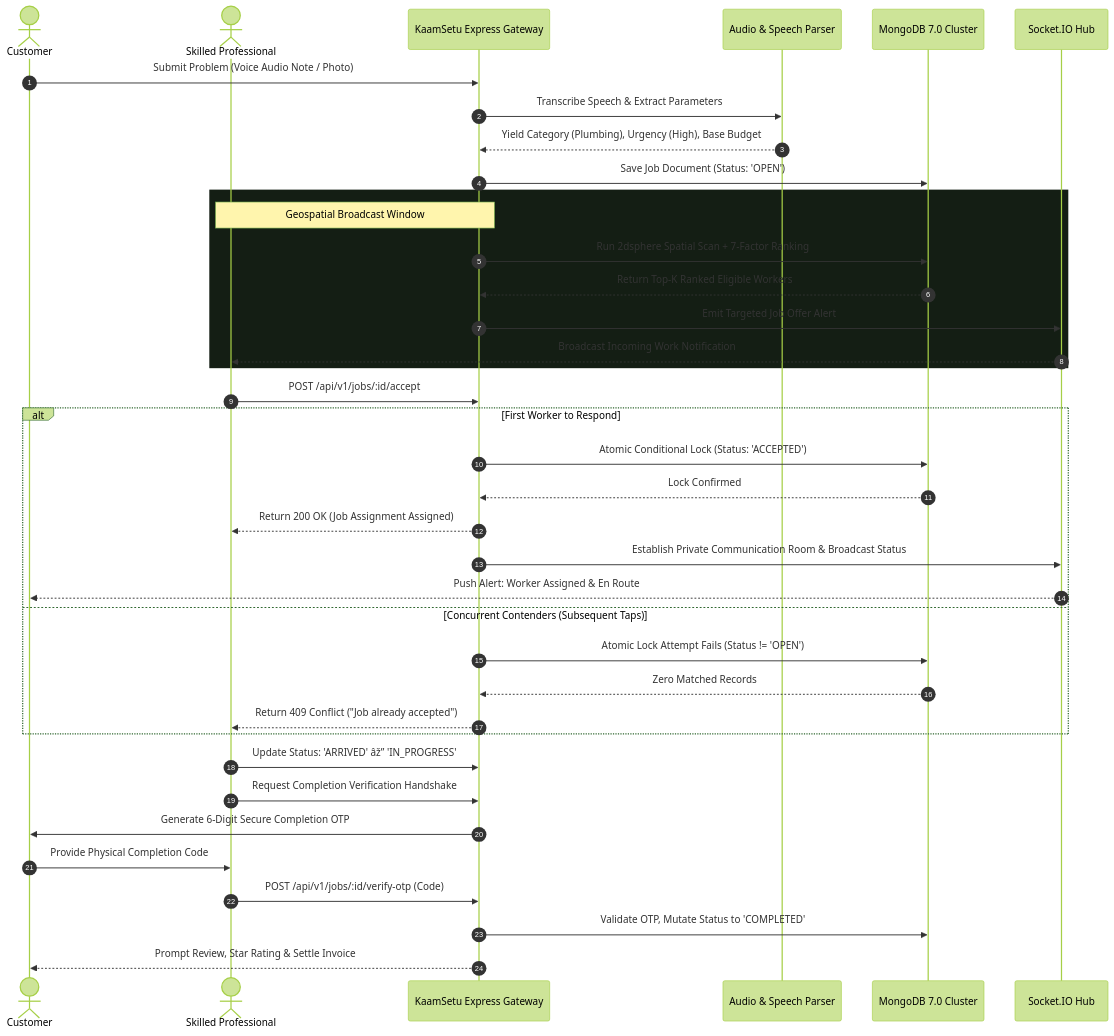
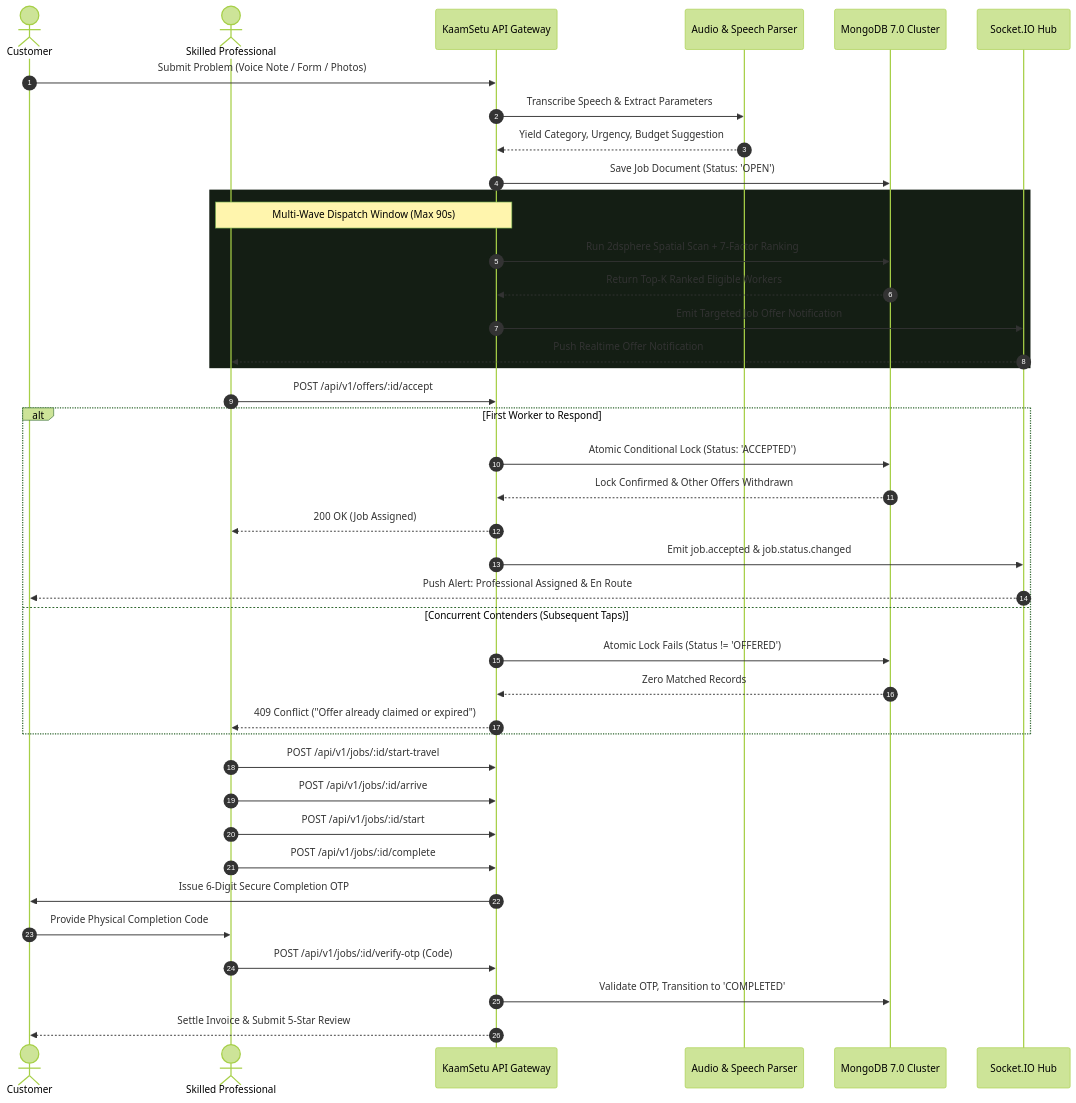
One commit to shreeharsh-patil/KaamSetu changed the third of 5 diagrams in README.md. Above: the diagram before and after it, drawn with Mermaid (forest theme). The commit also changed other lines of this file, not shown here.

Commit message:
docs: overhaul README with clean UTF-8, anti-stall architecture, and portal showcase

````diff
--- a/README.md
+++ b/README.md
@@ -133,44 +144,46 @@
 ```mermaid
 sequenceDiagram
     autonumber
     actor Cust as Customer
     actor Work as Skilled Professional
-    participant API as KaamSetu Express Gateway
+    participant API as KaamSetu API Gateway
     participant AI as Audio & Speech Parser
     participant DB as MongoDB 7.0 Cluster
     participant RT as Socket.IO Hub
 
-    Cust->>API: Submit Problem (Voice Audio Note / Photo)
+    Cust->>API: Submit Problem (Voice Note / Form / Photos)
     API->>AI: Transcribe Speech & Extract Parameters
-    AI-->>API: Yield Category (Plumbing), Urgency (High), Base Budget
+    AI-->>API: Yield Category, Urgency, Budget Suggestion
     API->>DB: Save Job Document (Status: 'OPEN')
     
     rect rgb(20, 30, 20)
-        note over API,Work: Geospatial Broadcast Window
+        note over API,Work: Multi-Wave Dispatch Window (Max 90s)
         API->>DB: Run 2dsphere Spatial Scan + 7-Factor Ranking
         DB-->>API: Return Top-K Ranked Eligible Workers
-        API->>RT: Emit Targeted Job Offer Alert
-        RT-->>Work: Broadcast Incoming Work Notification
+        API->>RT: Emit Targeted Job Offer Notification
+        RT-->>Work: Push Realtime Offer Notification
     end
 
-    Work->>API: POST /api/v1/jobs/:id/accept
+    Work->>API: POST /api/v1/offers/:id/accept
     alt First Worker to Respond
         API->>DB: Atomic Conditional Lock (Status: 'ACCEPTED')
-        DB-->>API: Lock Confirmed
-        API-->>Work: Return 200 OK (Job Assignment Assigned)
-        API->>RT: Establish Private Communication Room & Broadcast Status
-        RT-->>Cust: Push Alert: Worker Assigned & En Route
+        DB-->>API: Lock Confirmed & Other Offers Withdrawn
+        API-->>Work: 200 OK (Job Assigned)
+        API->>RT: Emit job.accepted & job.status.changed
+        RT-->>Cust: Push Alert: Professional Assigned & En Route
     else Concurrent Contenders (Subsequent Taps)
-        API->>DB: Atomic Lock Attempt Fails (Status != 'OPEN')
+        API->>DB: Atomic Lock Fails (Status != 'OFFERED')
         DB-->>API: Zero Matched Records
-        API-->>Work: Return 409 Conflict ("Job already accepted")
+        API-->>Work: 409 Conflict ("Offer already claimed or expired")
     end
 
-    Work->>API: Update Status: 'ARRIVED' âž” 'IN_PROGRESS'
-    Work->>API: Request Completion Verification Handshake
-    API->>Cust: Generate 6-Digit Secure Completion OTP
+    Work->>API: POST /api/v1/jobs/:id/start-travel
+    Work->>API: POST /api/v1/jobs/:id/arrive
+    Work->>API: POST /api/v1/jobs/:id/start
+    Work->>API: POST /api/v1/jobs/:id/complete
+    API->>Cust: Issue 6-Digit Secure Completion OTP
     Cust->>Work: Provide Physical Completion Code
     Work->>API: POST /api/v1/jobs/:id/verify-otp (Code)
-    API->>DB: Validate OTP, Mutate Status to 'COMPLETED'
-    API-->>Cust: Prompt Review, Star Rating & Settle Invoice
+    API->>DB: Validate OTP, Transition to 'COMPLETED'
+    API-->>Cust: Settle Invoice & Submit 5-Star Review
 ```
````
